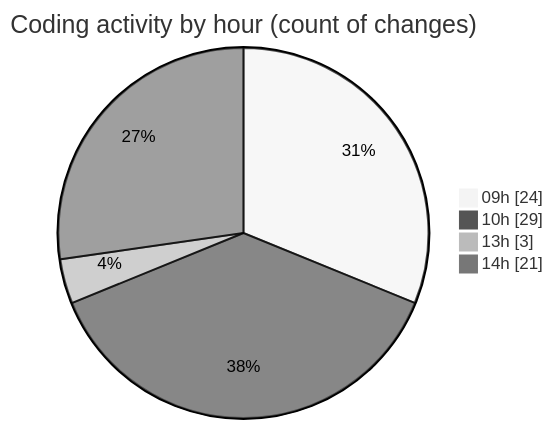
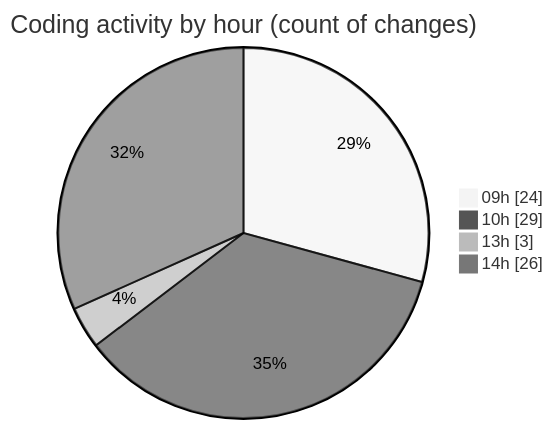
The second of 2 diagrams in 2025-05-08/myws__workspace_/README.md (MatusMokan/code-tracking), drawn with Mermaid (neutral theme) before and after one commit. The commit also changed other lines of this file and 1 other file, not shown here.

````diff
--- a/2025-05-08/myws__workspace_/README.md
+++ b/2025-05-08/myws__workspace_/README.md
@@ -31,8 +31,8 @@
 ```mermaid
 pie showData
 title Coding activity by hour (count of changes)
 "09h" : 24
 "10h" : 29
 "13h" : 3
-"14h" : 21
+"14h" : 26
 ```
````
